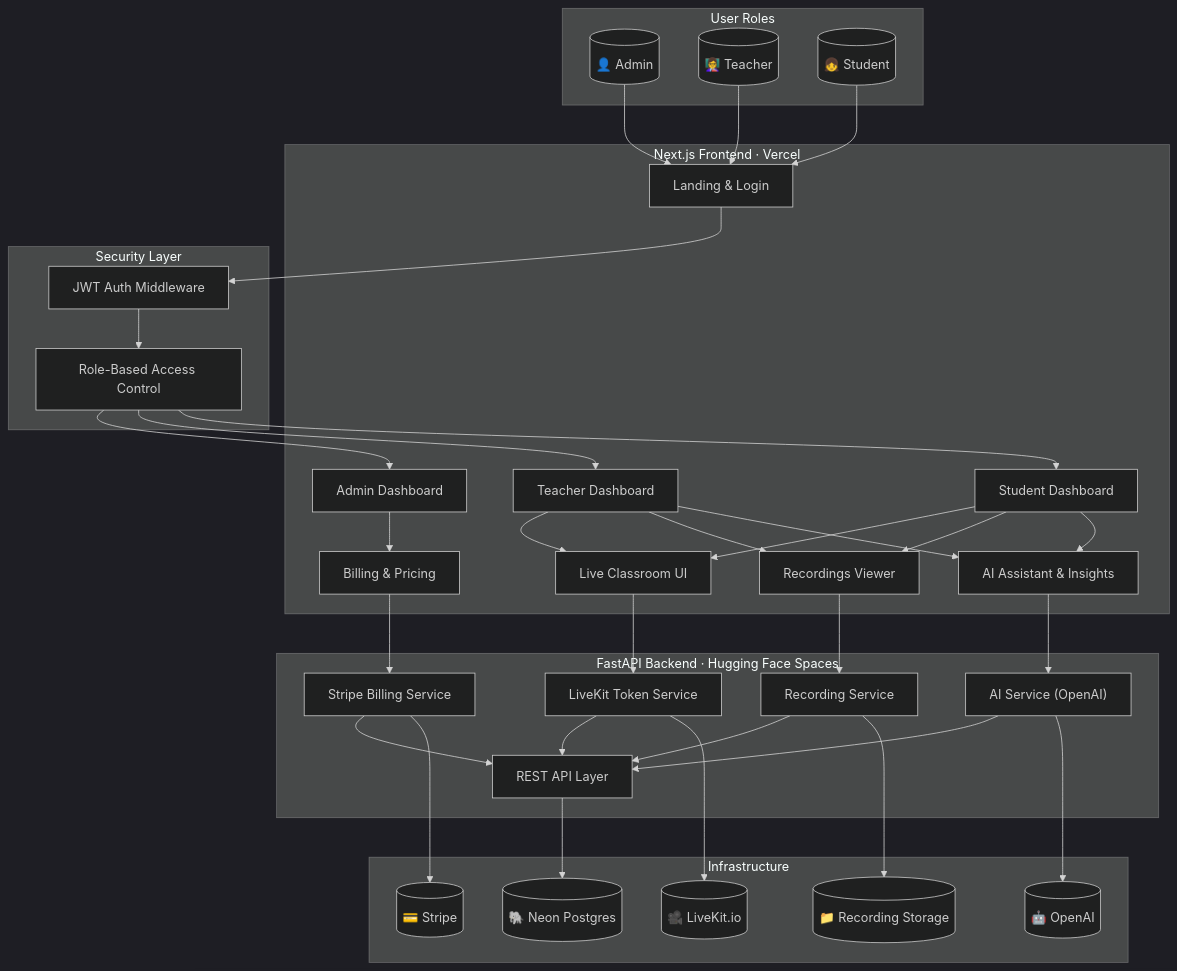
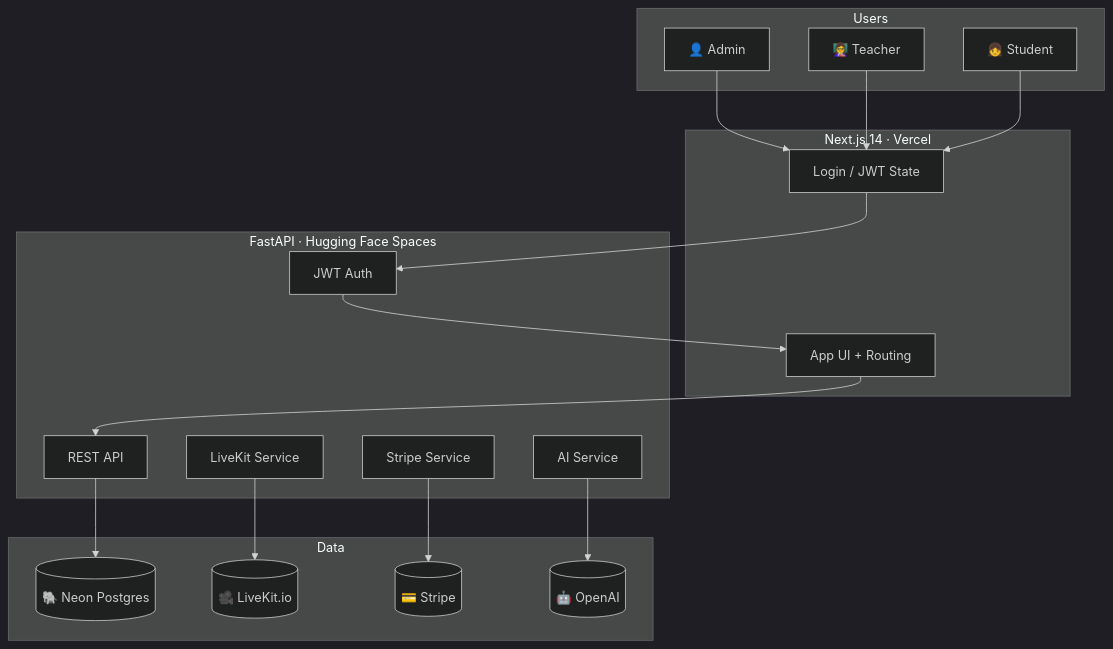
One commit to zohair-azmat-ai/we-are-kids-lms-live changed the diagram in README.md. Above: the diagram before and after it, drawn with Mermaid (dark theme). The commit also changed other lines of this file, not shown here.

````diff
--- a/README.md
+++ b/README.md
@@ -210,74 +145,35 @@
 ```mermaid
 flowchart TD
-    subgraph Roles["User Roles"]
-        ADM[("👤 Admin")]
-        TCH[("👩‍🏫 Teacher")]
-        STU[("👧 Student")]
+    subgraph Users
+        A["👤 Admin"]
+        T["👩‍🏫 Teacher"]
+        S["👧 Student"]
     end
 
-    subgraph FE["Next.js Frontend · Vercel"]
-        LP["Landing & Login"]
-        AD_DB["Admin Dashboard"]
-        TCH_DB["Teacher Dashboard"]
-        STU_DB["Student Dashboard"]
-        BILLING["Billing & Pricing"]
-        CL_UI["Live Classroom UI"]
-        REC_UI["Recordings Viewer"]
-        AI_UI["AI Assistant & Insights"]
+    subgraph Frontend["Next.js 14 · Vercel"]
+        UI["App UI + Routing"]
+        AUTH_UI["Login / JWT State"]
     end
 
-    subgraph AUTH["Security Layer"]
-        JWT["JWT Auth Middleware"]
-        RBAC["Role-Based Access Control"]
+    subgraph Backend["FastAPI · Hugging Face Spaces"]
+        API["REST API"]
+        JWT["JWT Auth"]
+        LK["LiveKit Service"]
+        STR["Stripe Service"]
+        AI["AI Service"]
     end
 
-    subgraph BE["FastAPI Backend · Hugging Face Spaces"]
-        API["REST API Layer"]
-        LK_SVC["LiveKit Token Service"]
-        STR_SVC["Stripe Billing Service"]
-        AI_SVC["AI Service (OpenAI)"]
-        REC_SVC["Recording Service"]
+    subgraph Data
+        DB[("🐘 Neon Postgres")]
+        LK_IO[("🎥 LiveKit.io")]
+        STRIPE_IO[("💳 Stripe")]
+        OPENAI_IO[("🤖 OpenAI")]
     end
 
-    subgraph INFRA["Infrastructure"]
-        NEON[("🐘 Neon Postgres")]
-        LK[("🎥 LiveKit.io")]
-        STRIPE[("💳 Stripe")]
-        OPENAI[("🤖 OpenAI")]
-        STORAGE[("📁 Recording Storage")]
-    end
-
-    ADM --> LP
-    TCH --> LP
-    STU --> LP
-
-    LP --> JWT
-    JWT --> RBAC
-    RBAC --> AD_DB
-    RBAC --> TCH_DB
-    RBAC --> STU_DB
-
-    AD_DB --> BILLING
-    TCH_DB --> CL_UI
-    TCH_DB --> REC_UI
-    STU_DB --> CL_UI
-    STU_DB --> REC_UI
-    STU_DB --> AI_UI
-    TCH_DB --> AI_UI
-
-    CL_UI --> LK_SVC
-    AI_UI --> AI_SVC
-    BILLING --> STR_SVC
-    REC_UI --> REC_SVC
-
-    LK_SVC --> API
-    STR_SVC --> API
-    AI_SVC --> API
-    REC_SVC --> API
-
-    API --> NEON
-    LK_SVC --> LK
-    STR_SVC --> STRIPE
-    AI_SVC --> OPENAI
-    REC_SVC --> STORAGE
+    A & T & S --> AUTH_UI --> JWT
+    JWT --> UI --> API
+    API --> DB
+    LK --> LK_IO
+    STR --> STRIPE_IO
+    AI --> OPENAI_IO
 ```
````
